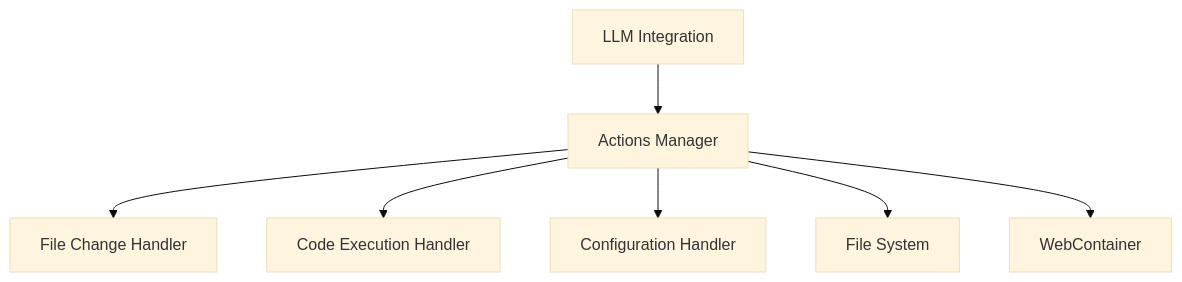
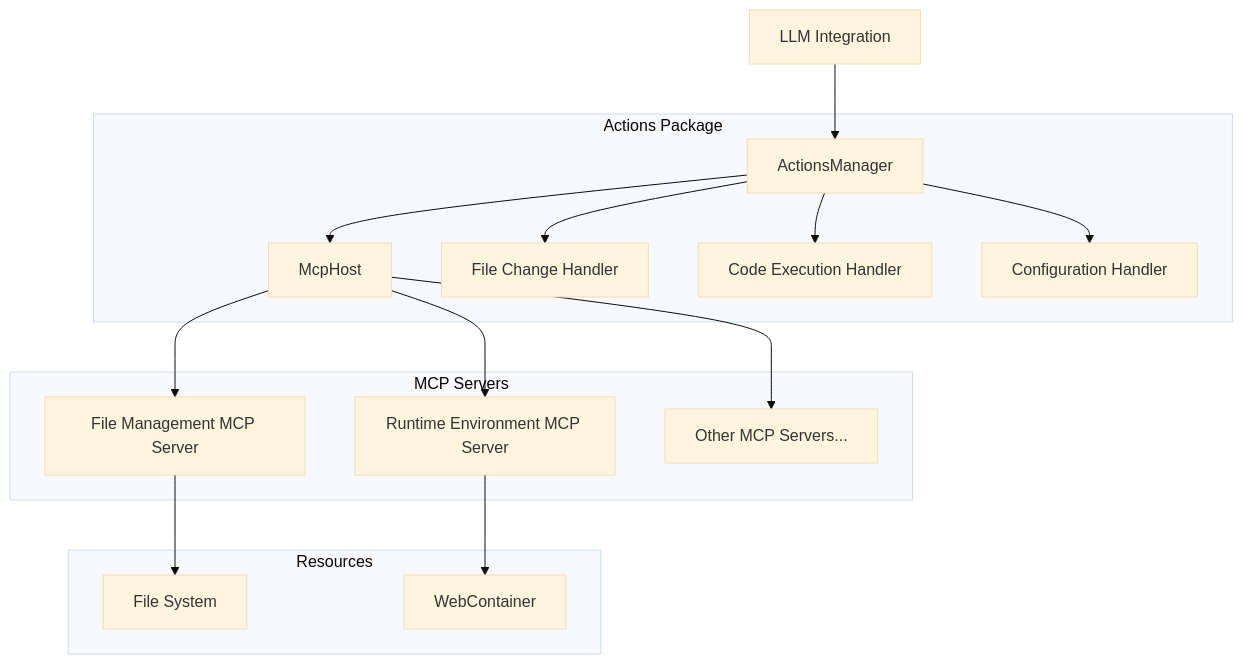
The first of 2 diagrams in packages/actions/README.md (mrsimpson/piddie), drawn with Mermaid (base theme) before and after one commit. The commit also changed other lines of this file and 32 other files, not shown here.

````diff
--- a/packages/actions/README.md
+++ b/packages/actions/README.md
@@ -7,10 +7,24 @@
 ```mermaid
 graph TD
-    ActionsManager[Actions Manager] --> FileChangeHandler[File Change Handler]
-    ActionsManager --> CodeExecutionHandler[Code Execution Handler]
-    ActionsManager --> ConfigHandler[Configuration Handler]
+    subgraph "Actions Package"
+        AM[ActionsManager] --> MCH[McpHost]
+        AM --> FCH[File Change Handler]
+        AM --> CEH[Code Execution Handler]
+        AM --> CH[Configuration Handler]
+    end
     
-    LLM[LLM Integration] --> ActionsManager
-    ActionsManager --> FileSystem[File System]
-    ActionsManager --> WebContainer[WebContainer]
+    subgraph "MCP Servers"
+        MCH --> FS[File Management MCP Server]
+        MCH --> RE[Runtime Environment MCP Server]
+        MCH --> OMS[Other MCP Servers...]
+    end
+    
+    subgraph "Resources"
+        FileSystem[File System]
+        WebContainer[WebContainer]
+    end
+    
+    LLM[LLM Integration] --> AM
+    FS --> FileSystem
+    RE --> WebContainer
 ```
````
